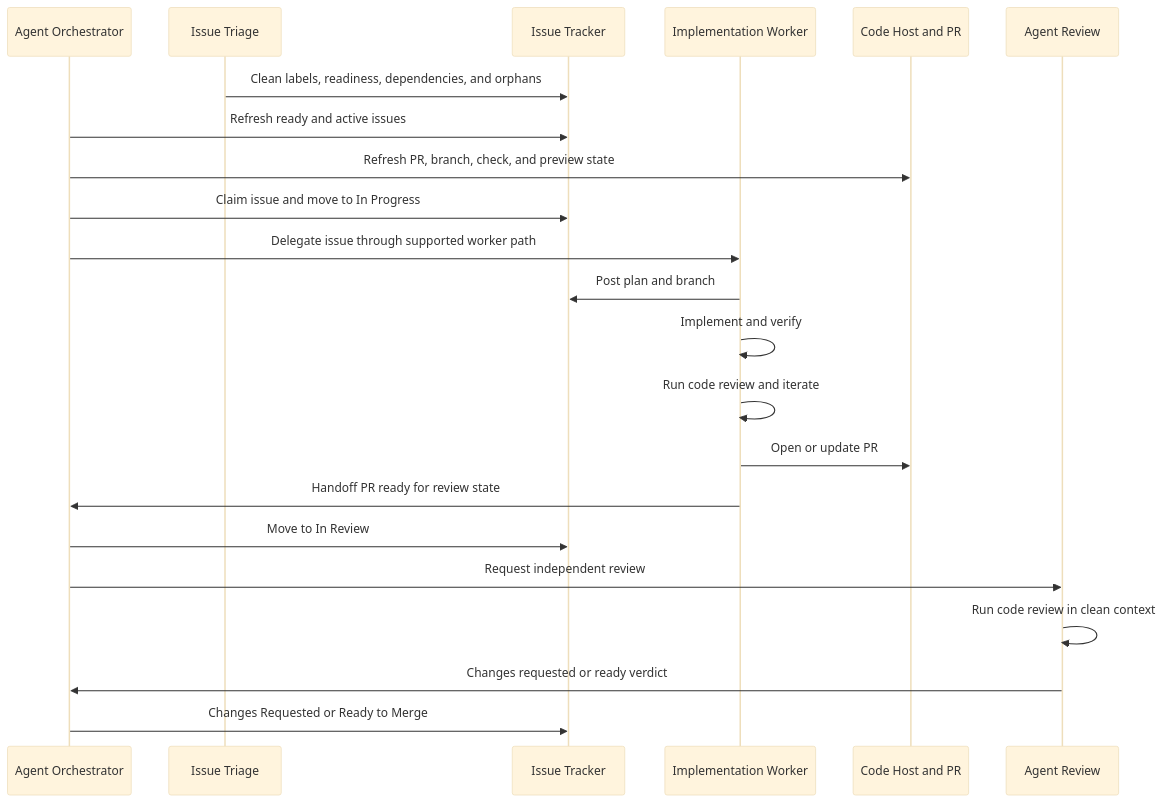
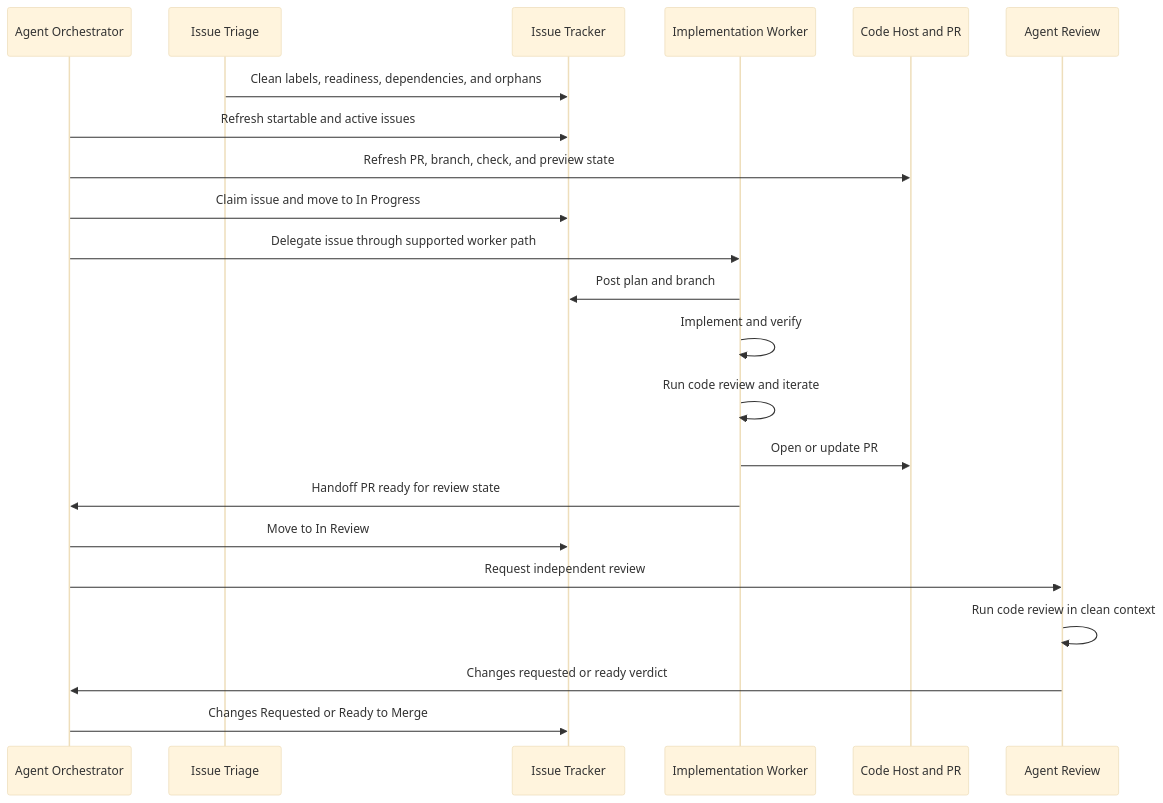
Before and after one commit to zaks-io/skills: the second of 2 diagrams in docs/agent-workflow.md, drawn with Mermaid (base theme). The commit also changed other lines of this file and 9 other files, not shown here.

````diff
--- a/docs/agent-workflow.md
+++ b/docs/agent-workflow.md
@@ -135,25 +145,25 @@
 ```mermaid
 sequenceDiagram
   participant Q as Agent Orchestrator
   participant I as Issue Triage
   participant T as Issue Tracker
   participant W as Implementation Worker
   participant G as Code Host and PR
   participant R as Agent Review
 
   I->>T: Clean labels, readiness, dependencies, and orphans
-  Q->>T: Refresh ready and active issues
+  Q->>T: Refresh startable and active issues
   Q->>G: Refresh PR, branch, check, and preview state
   Q->>T: Claim issue and move to In Progress
   Q->>W: Delegate issue through supported worker path
   W->>T: Post plan and branch
   W->>W: Implement and verify
   W->>W: Run code review and iterate
   W->>G: Open or update PR
   W->>Q: Handoff PR ready for review state
   Q->>T: Move to In Review
   Q->>R: Request independent review
   R->>R: Run code review in clean context
   R->>Q: Changes requested or ready verdict
   Q->>T: Changes Requested or Ready to Merge
 ```
````
